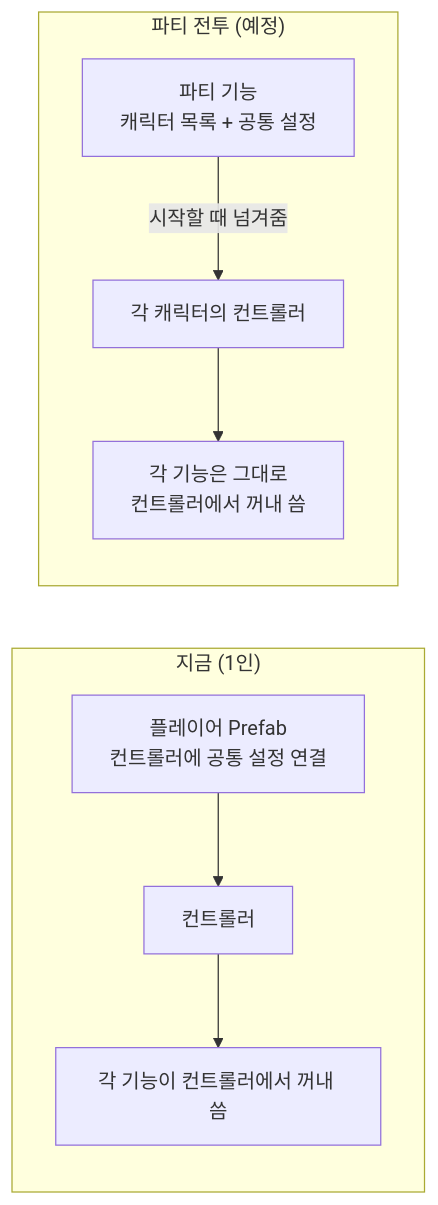
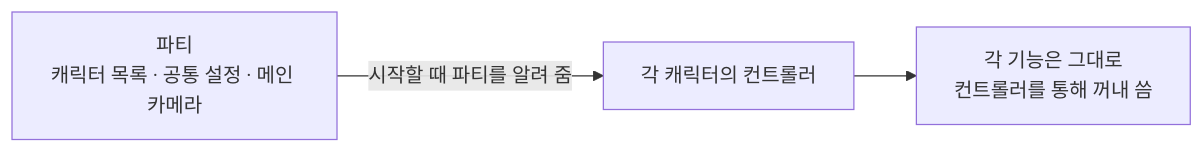
The sixth of 6 diagrams in Docs/Technical/Player/PlayerStructure.md (SquashPrince/Develrocket_mp15_HHH), drawn with Mermaid before and after one commit. The commit also changed other lines of this file and 10 other files, not shown here.

````diff
--- a/Docs/Technical/Player/PlayerStructure.md
+++ b/Docs/Technical/Player/PlayerStructure.md
@@ -164,11 +169,5 @@
 ```mermaid
 flowchart LR
-    subgraph NOW["지금 (1인)"]
-        P1["플레이어 Prefab<br>컨트롤러에 공통 설정 연결"] --> C1["컨트롤러"]
-        C1 --> F1["각 기능이 컨트롤러에서 꺼내 씀"]
-    end
-    subgraph PARTY["파티 전투 (예정)"]
-        PM["파티 기능<br>캐릭터 목록 + 공통 설정"] -->|"시작할 때 넘겨줌"| C2["각 캐릭터의 컨트롤러"]
-        C2 --> F2["각 기능은 그대로<br>컨트롤러에서 꺼내 씀"]
-    end
+    PM["파티<br>캐릭터 목록 · 공통 설정 · 메인 카메라"] -->|"시작할 때 파티를 알려 줌"| C2["각 캐릭터의 컨트롤러"]
+    C2 --> F2["각 기능은 그대로<br>컨트롤러를 통해 꺼내 씀"]
 ```
````
